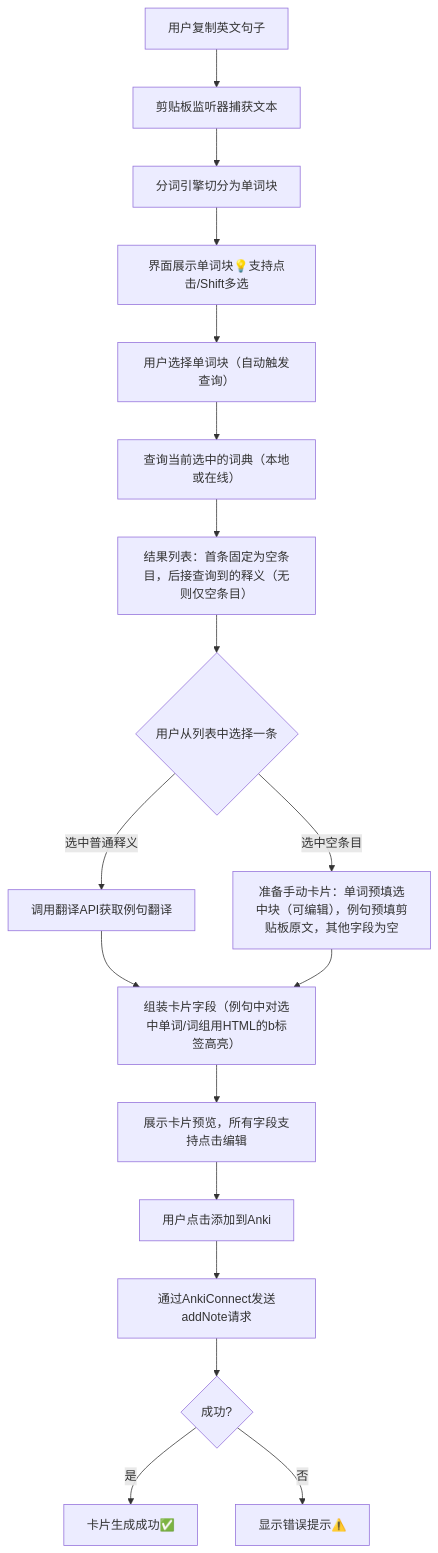
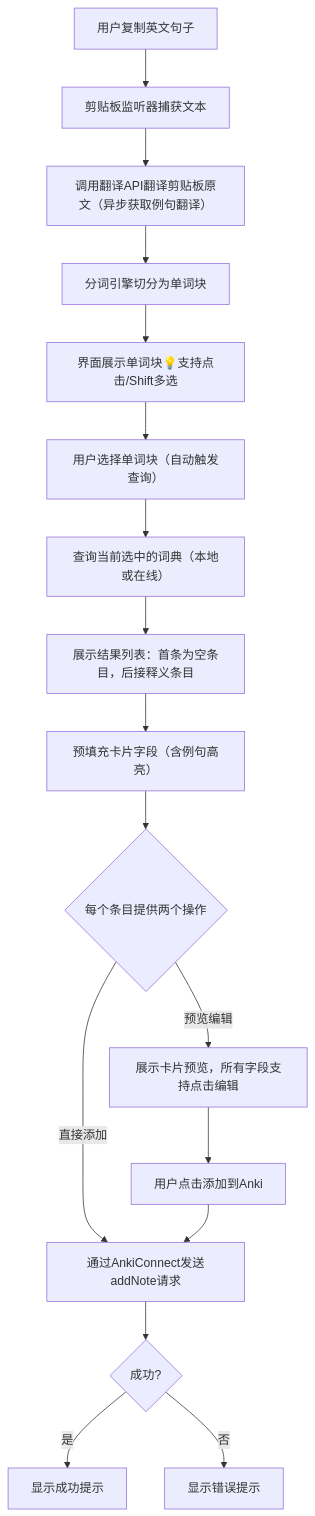
One commit to Sticky-Finger/ankihelper-pc changed the diagram in README.md. Above: the diagram before and after it, drawn with Mermaid. The commit also changed other lines of this file, not shown here.

Commit message:
docs: modify chart of main flow in the README.md

````diff
--- a/README.md
+++ b/README.md
@@ -24,20 +24,23 @@
 ```mermaid
 flowchart TD
     A[用户复制英文句子] --> B[剪贴板监听器捕获文本]
-    B --> C[分词引擎切分为单词块]
+    B --> B1[调用翻译API翻译剪贴板原文（异步获取例句翻译）]
+    B1 --> C[分词引擎切分为单词块]
     C --> D[界面展示单词块💡支持点击/Shift多选]
     D --> E[用户选择单词块（自动触发查询）]
     E --> F[查询当前选中的词典（本地或在线）]
-    F --> G[结果列表：首条固定为空条目，后接查询到的释义（无则仅空条目）]
-    G --> H{用户从列表中选择一条}
-    H -->|选中普通释义| I[调用翻译API获取例句翻译]
-    I --> J[组装卡片字段（例句中对选中单词/词组用HTML的b标签高亮）]
-    H -->|选中空条目| K[准备手动卡片：单词预填选中块（可编辑），例句预填剪贴板原文，其他字段为空]
-    K --> J
-    J --> L[展示卡片预览，所有字段支持点击编辑]
-    L --> M[用户点击添加到Anki]
-    M --> N[通过AnkiConnect发送addNote请求]
-    N --> O{成功?}
-    O -->|是| P[卡片生成成功✅]
-    O -->|否| Q[显示错误提示⚠️]
+    F --> G[展示结果列表：首条为空条目，后接释义条目]
+    
+    G --> H[预填充卡片字段（含例句高亮）]
+    
+    H --> I{每个条目提供两个操作}
+    
+    I -->|直接添加| J[通过AnkiConnect发送addNote请求]
+    J --> K{成功?}
+    K -->|是| L[显示成功提示]
+    K -->|否| M[显示错误提示]
+    
+    I -->|预览编辑| N[展示卡片预览，所有字段支持点击编辑]
+    N --> O[用户点击添加到Anki]
+    O --> J
 ```
````
